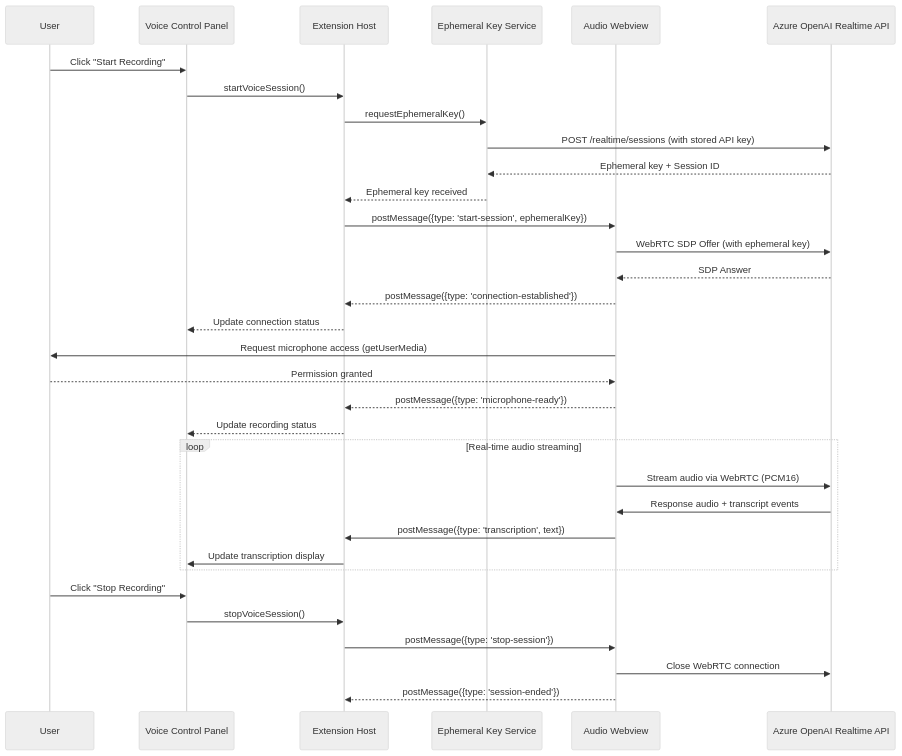
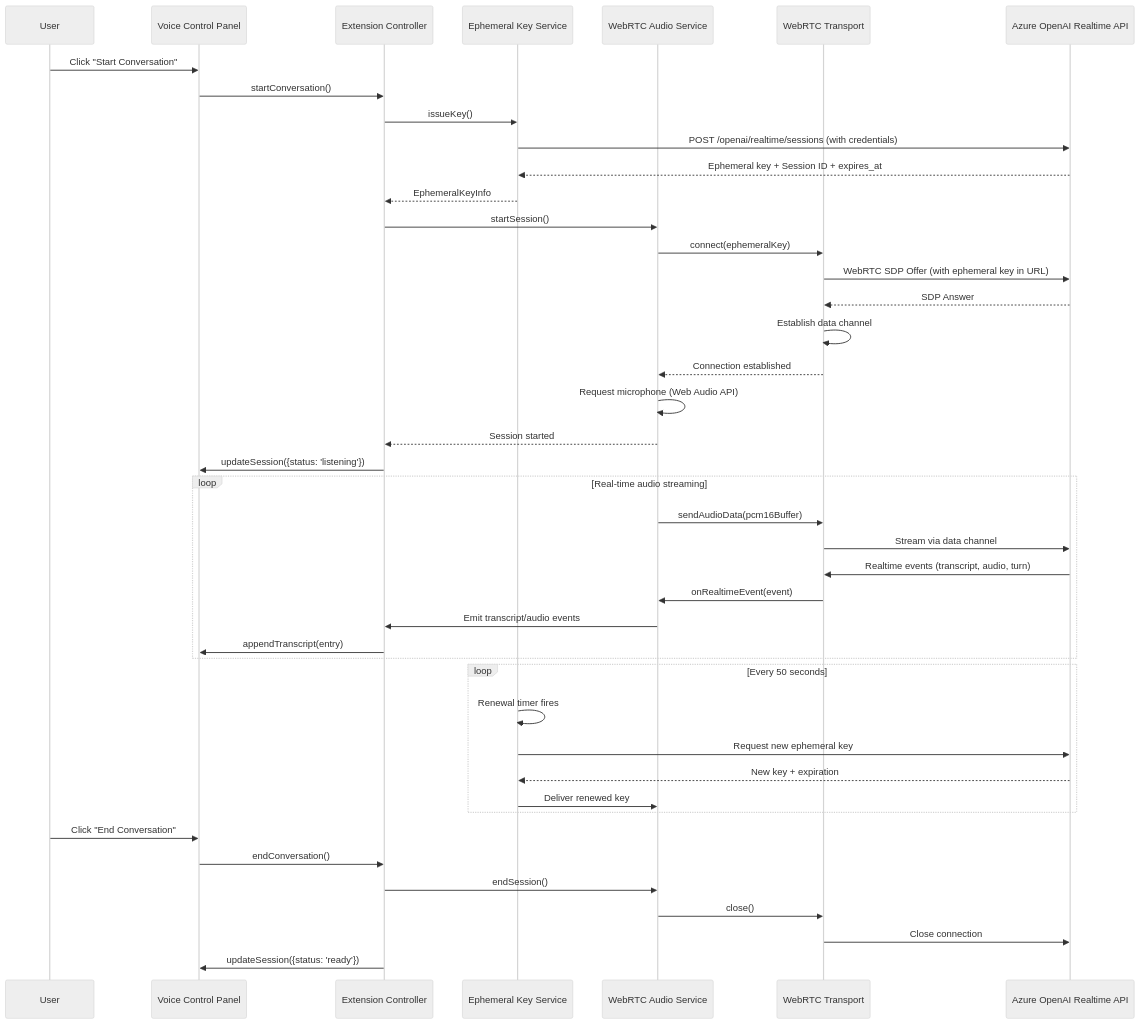
One commit to PlagueHO/voice-pilot changed the second of 6 diagrams in docs/design/COMPONENTS.md. Above: the diagram before and after it, drawn with Mermaid (neutral theme). The commit also changed other lines of this file and 8 other files, not shown here.

````diff
--- a/docs/design/COMPONENTS.md
+++ b/docs/design/COMPONENTS.md
@@ -314,40 +544,51 @@
 ```mermaid
 sequenceDiagram
     participant User
     participant UI as Voice Control Panel
-    participant ExtHost as Extension Host
+    participant Controller as Extension Controller
     participant KeyService as Ephemeral Key Service
-    participant Webview as Audio Webview
+    participant WebRTCService as WebRTC Audio Service
+    participant Transport as WebRTC Transport
     participant Azure as Azure OpenAI Realtime API
 
-    User->>UI: Click "Start Recording"
-    UI->>ExtHost: startVoiceSession()
-    ExtHost->>KeyService: requestEphemeralKey()
-    KeyService->>Azure: POST /realtime/sessions (with stored API key)
-    Azure-->>KeyService: Ephemeral key + Session ID
-    KeyService-->>ExtHost: Ephemeral key received
+    User->>UI: Click "Start Conversation"
+    UI->>Controller: startConversation()
+    Controller->>KeyService: issueKey()
+    KeyService->>Azure: POST /openai/realtime/sessions (with credentials)
+    Azure-->>KeyService: Ephemeral key + Session ID + expires_at
+    KeyService-->>Controller: EphemeralKeyInfo
 
-    ExtHost->>Webview: postMessage({type: 'start-session', ephemeralKey})
-    Webview->>Azure: WebRTC SDP Offer (with ephemeral key)
-    Azure-->>Webview: SDP Answer
-    Webview-->>ExtHost: postMessage({type: 'connection-established'})
-    ExtHost-->>UI: Update connection status
+    Controller->>WebRTCService: startSession()
+    WebRTCService->>Transport: connect(ephemeralKey)
+    Transport->>Azure: WebRTC SDP Offer (with ephemeral key in URL)
+    Azure-->>Transport: SDP Answer
+    Transport->>Transport: Establish data channel
+    Transport-->>WebRTCService: Connection established
 
-    Webview->>User: Request microphone access (getUserMedia)
-    User-->>Webview: Permission granted
-    Webview-->>ExtHost: postMessage({type: 'microphone-ready'})
-    ExtHost-->>UI: Update recording status
+    WebRTCService->>WebRTCService: Request microphone (Web Audio API)
+    WebRTCService-->>Controller: Session started
+    Controller->>UI: updateSession({status: 'listening'})
 
     loop Real-time audio streaming
-        Webview->>Azure: Stream audio via WebRTC (PCM16)
-        Azure->>Webview: Response audio + transcript events
-        Webview->>ExtHost: postMessage({type: 'transcription', text})
-        ExtHost->>UI: Update transcription display
+        WebRTCService->>Transport: sendAudioData(pcm16Buffer)
+        Transport->>Azure: Stream via data channel
+        Azure->>Transport: Realtime events (transcript, audio, turn)
+        Transport->>WebRTCService: onRealtimeEvent(event)
+        WebRTCService->>Controller: Emit transcript/audio events
+        Controller->>UI: appendTranscript(entry)
     end
 
-    User->>UI: Click "Stop Recording"
-    UI->>ExtHost: stopVoiceSession()
-    ExtHost->>Webview: postMessage({type: 'stop-session'})
-    Webview->>Azure: Close WebRTC connection
-    Webview-->>ExtHost: postMessage({type: 'session-ended'})
+    loop Every 50 seconds
+        KeyService->>KeyService: Renewal timer fires
+        KeyService->>Azure: Request new ephemeral key
+        Azure-->>KeyService: New key + expiration
+        KeyService->>WebRTCService: Deliver renewed key
+    end
+
+    User->>UI: Click "End Conversation"
+    UI->>Controller: endConversation()
+    Controller->>WebRTCService: endSession()
+    WebRTCService->>Transport: close()
+    Transport->>Azure: Close connection
+    Controller->>UI: updateSession({status: 'ready'})
 ```
````
